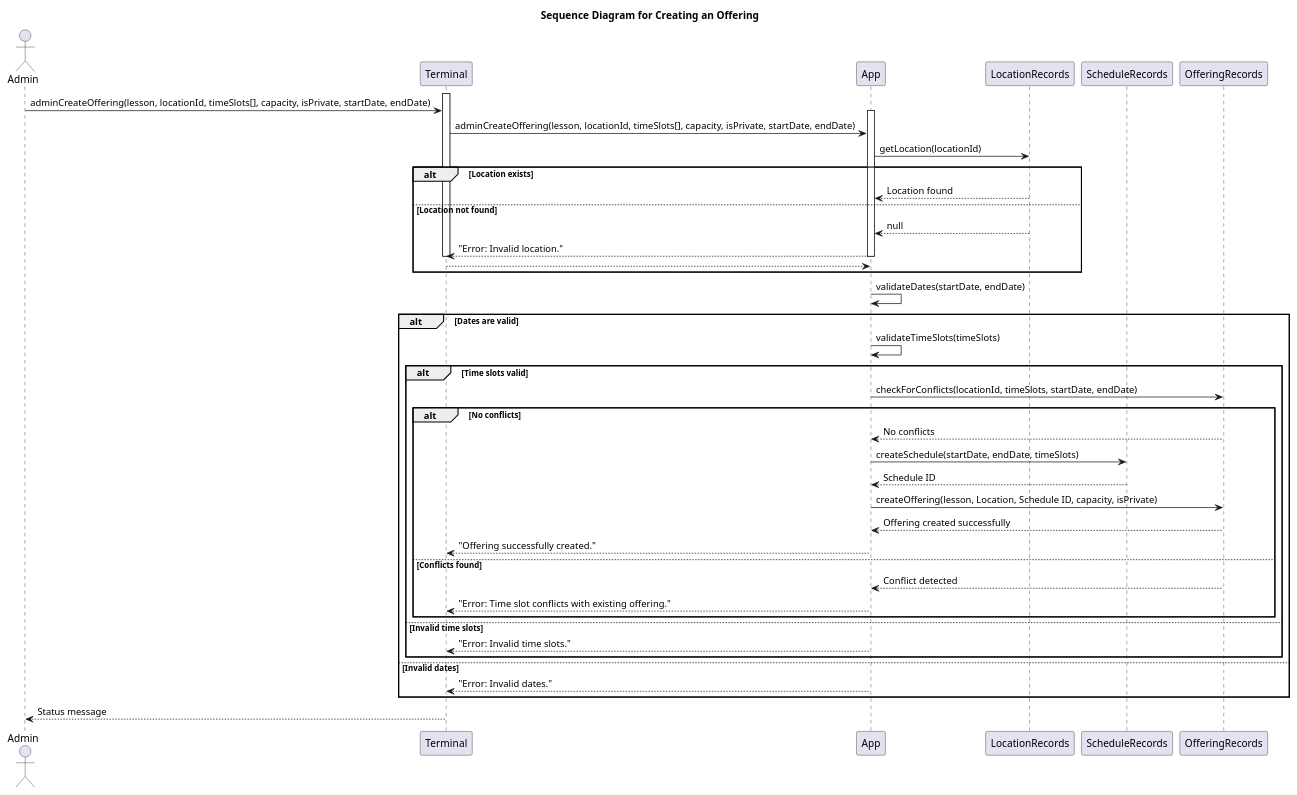
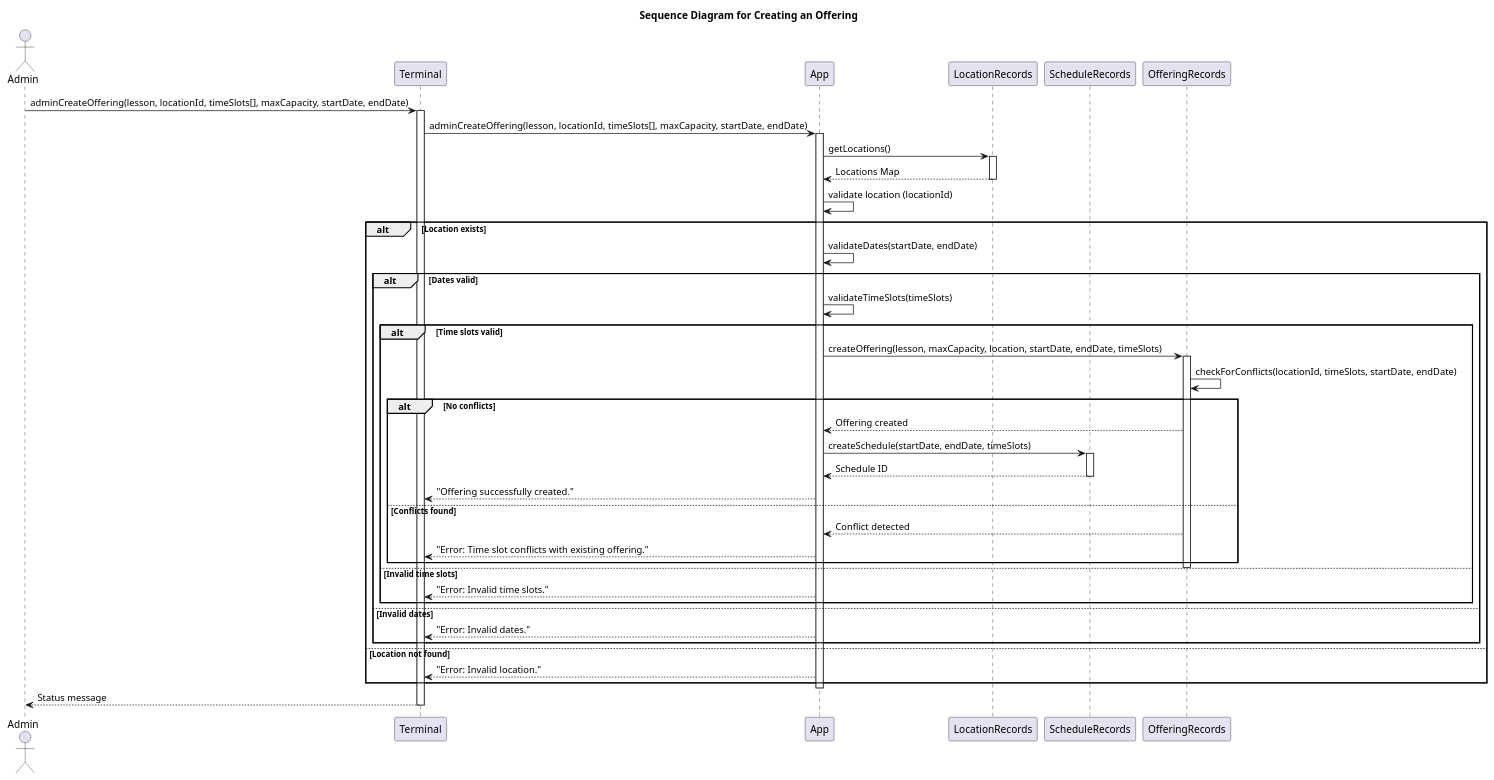
The diagram in diagrams/src/critical-use-cases/create-offering/interaction-offering-creation.pu (NathanGrenier/SOEN-342-Project), drawn with PlantUML before and after one commit. The commit also changed 1 other file, not shown here.

Commit message:
2: fix interaction diagrams to fit code

```diff
--- a/diagrams/src/critical-use-cases/create-offering/interaction-offering-creation.pu
+++ b/diagrams/src/critical-use-cases/create-offering/interaction-offering-creation.pu
@@ -1,55 +1,56 @@
 @startuml
 title Sequence Diagram for Creating an Offering
 
 actor Admin
 participant Terminal
 participant App
 participant LocationRecords
 participant ScheduleRecords
 participant OfferingRecords
 
+Admin -> Terminal: adminCreateOffering(lesson, locationId, timeSlots[], maxCapacity, startDate, endDate)
 activate Terminal
+Terminal -> App: adminCreateOffering(lesson, locationId, timeSlots[], maxCapacity, startDate, endDate)
+activate App
 
-Admin -> Terminal: adminCreateOffering(lesson, locationId, timeSlots[], capacity, isPrivate, startDate, endDate)
-activate App
-Terminal -> App: adminCreateOffering(lesson, locationId, timeSlots[], capacity, isPrivate, startDate, endDate)
+App -> LocationRecords: getLocations()
+activate LocationRecords
+LocationRecords --> App: Locations Map
+deactivate LocationRecords
 
-App -> LocationRecords: getLocation(locationId)
+App -> App: validate location (locationId)
 alt Location exists
-    LocationRecords --> App: Location found
+    App -> App: validateDates(startDate, endDate)
+    alt Dates valid
+        App -> App: validateTimeSlots(timeSlots)
+        alt Time slots valid
+            App -> OfferingRecords: createOffering(lesson, maxCapacity, location, startDate, endDate, timeSlots)
+            activate OfferingRecords
+            OfferingRecords -> OfferingRecords: checkForConflicts(locationId, timeSlots, startDate, endDate)
+            alt No conflicts
+                OfferingRecords --> App: Offering created
+                App -> ScheduleRecords: createSchedule(startDate, endDate, timeSlots)
+                activate ScheduleRecords
+                ScheduleRecords --> App: Schedule ID
+                deactivate ScheduleRecords
+
+                App --> Terminal: "Offering successfully created."
+            else Conflicts found
+                OfferingRecords --> App: Conflict detected
+                App --> Terminal: "Error: Time slot conflicts with existing offering."
+            end
+            deactivate OfferingRecords
+        else Invalid time slots
+            App --> Terminal: "Error: Invalid time slots."
+        end
+    else Invalid dates
+        App --> Terminal: "Error: Invalid dates."
+    end
 else Location not found
-    LocationRecords --> App: null
     App --> Terminal: "Error: Invalid location."
-    deactivate App
-    deactivate Terminal
-    return
-end
-
-App -> App: validateDates(startDate, endDate)
-alt Dates are valid
-    App -> App: validateTimeSlots(timeSlots)
-    alt Time slots valid
-        App -> OfferingRecords: checkForConflicts(locationId, timeSlots, startDate, endDate)
-        alt No conflicts
-            OfferingRecords --> App: No conflicts
-            App -> ScheduleRecords: createSchedule(startDate, endDate, timeSlots)
-            ScheduleRecords --> App: Schedule ID
-
-            App -> OfferingRecords: createOffering(lesson, Location, Schedule ID, capacity, isPrivate)
-            OfferingRecords --> App: Offering created successfully
-            App --> Terminal: "Offering successfully created."
-        else Conflicts found
-            OfferingRecords --> App: Conflict detected
-            App --> Terminal: "Error: Time slot conflicts with existing offering."
-        end
-    else Invalid time slots
-        App --> Terminal: "Error: Invalid time slots."
-    end
-else Invalid dates
-    App --> Terminal: "Error: Invalid dates."
 end
 
 deactivate App
 Terminal --> Admin: Status message
 deactivate Terminal
 @enduml
```
